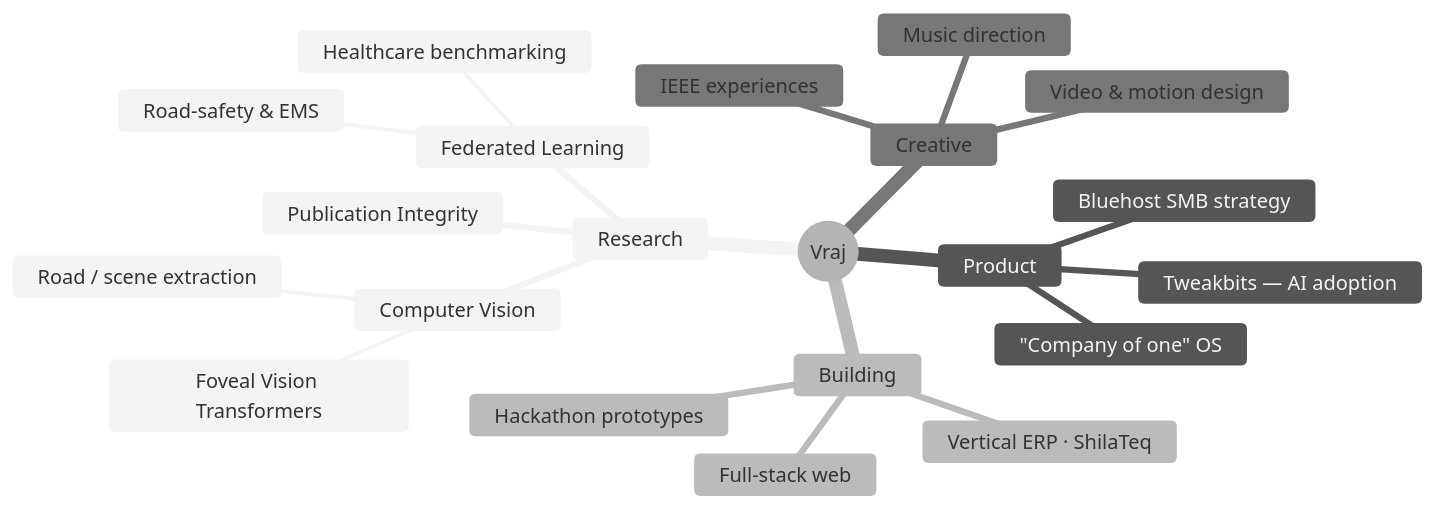
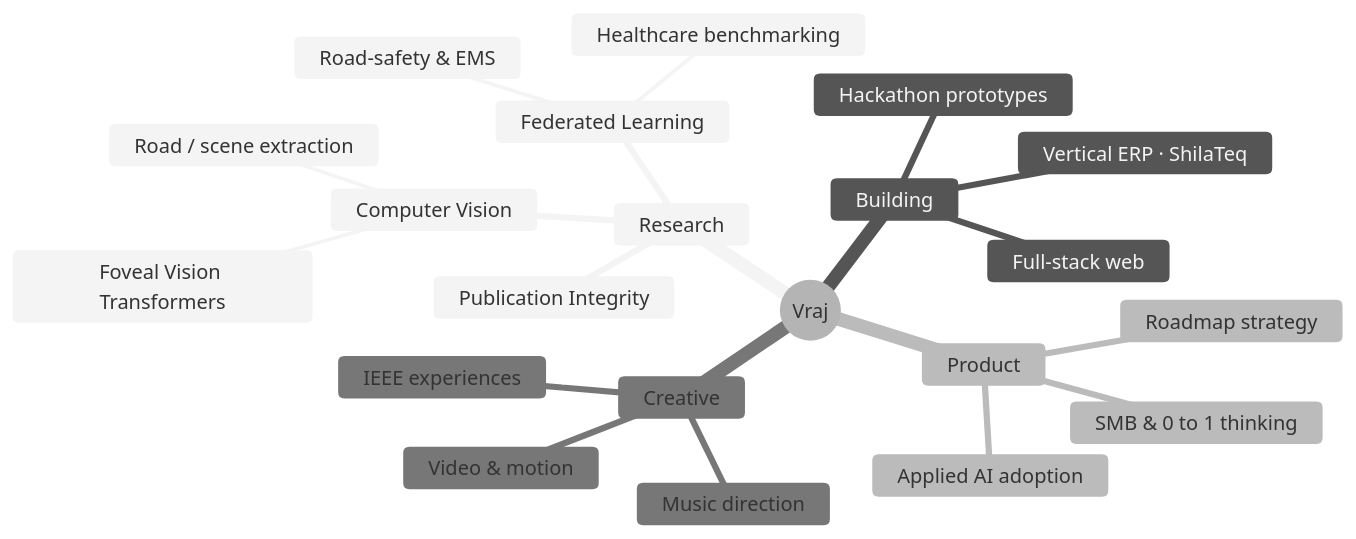
The diagram in README.md (GalacticVraj/GalacticVraj), drawn with Mermaid (neutral theme) before and after one commit. The commit also changed other lines of this file, not shown here.

````diff
--- a/README.md
+++ b/README.md
@@ -60,24 +59,24 @@
 ```mermaid
 mindmap
   root((Vraj))
     Research
       Computer Vision
         Foveal Vision Transformers
         Road / scene extraction
       Federated Learning
         Healthcare benchmarking
         Road-safety & EMS
       Publication Integrity
-    Product
-      Bluehost SMB strategy
-      "Company of one" OS
-      Tweakbits — AI adoption
     Building
       Vertical ERP · ShilaTeq
       Hackathon prototypes
       Full-stack web
+    Product
+      SMB & 0 to 1 thinking
+      Applied AI adoption
+      Roadmap strategy
     Creative
       Music direction
-      Video & motion design
+      Video & motion
       IEEE experiences
 ```
````
